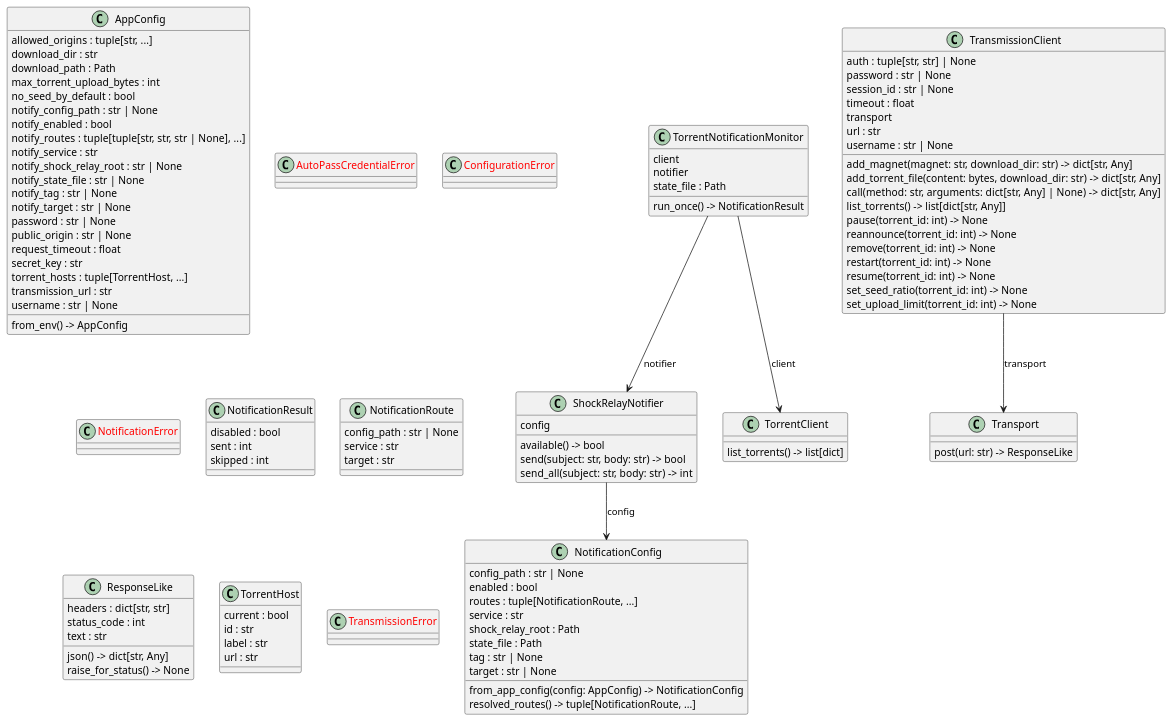
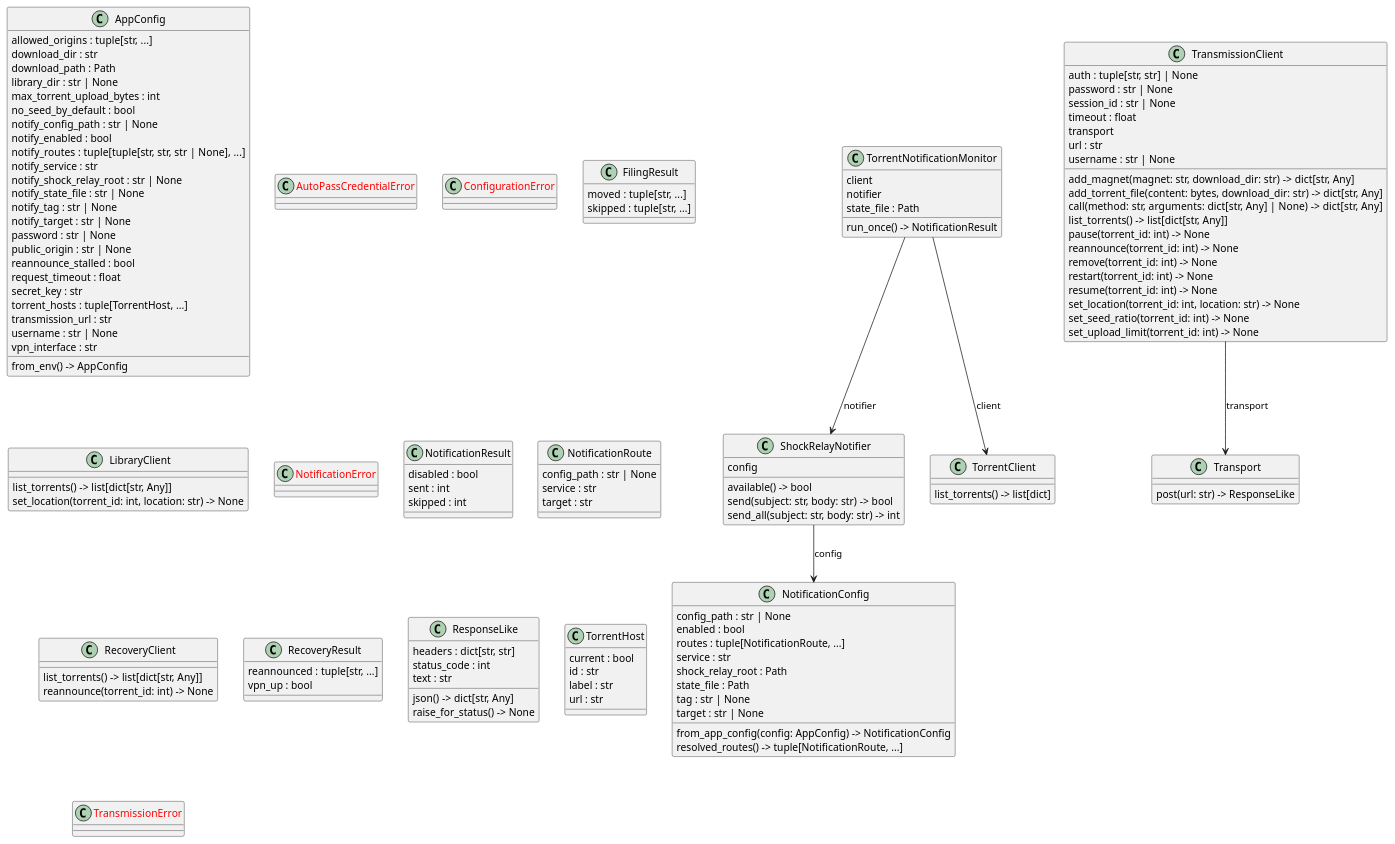
The diagram in docs/diagrams/python-classes.puml (casonk/magneto), drawn with PlantUML before and after one commit. The commit also changed 21 other files, not shown here.

```diff
--- a/docs/diagrams/python-classes.puml
+++ b/docs/diagrams/python-classes.puml
@@ -1,111 +1,131 @@
 @startuml classes_magneto
 set namespaceSeparator none
 class "AppConfig" as src.magneto.config.AppConfig {
   allowed_origins : tuple[str, ...]
   download_dir : str
   download_path : Path
+  library_dir : str | None
   max_torrent_upload_bytes : int
   no_seed_by_default : bool
   notify_config_path : str | None
   notify_enabled : bool
   notify_routes : tuple[tuple[str, str, str | None], ...]
   notify_service : str
   notify_shock_relay_root : str | None
   notify_state_file : str | None
   notify_tag : str | None
   notify_target : str | None
   password : str | None
   public_origin : str | None
+  reannounce_stalled : bool
   request_timeout : float
   secret_key : str
   torrent_hosts : tuple[TorrentHost, ...]
   transmission_url : str
   username : str | None
+  vpn_interface : str
   from_env() -> AppConfig
 }
 class "<color:red>AutoPassCredentialError</color>" as src.magneto.autopass.AutoPassCredentialError {
 }
 class "<color:red>ConfigurationError</color>" as src.magneto.config.ConfigurationError {
+}
+class "FilingResult" as src.magneto.library.FilingResult {
+  moved : tuple[str, ...]
+  skipped : tuple[str, ...]
+}
+class "LibraryClient" as src.magneto.library.LibraryClient {
+  list_torrents() -> list[dict[str, Any]]
+  set_location(torrent_id: int, location: str) -> None
 }
 class "NotificationConfig" as src.magneto.notifications.NotificationConfig {
   config_path : str | None
   enabled : bool
   routes : tuple[NotificationRoute, ...]
   service : str
   shock_relay_root : Path
   state_file : Path
   tag : str | None
   target : str | None
   from_app_config(config: AppConfig) -> NotificationConfig
   resolved_routes() -> tuple[NotificationRoute, ...]
 }
 class "<color:red>NotificationError</color>" as src.magneto.notifications.NotificationError {
 }
 class "NotificationResult" as src.magneto.notifications.NotificationResult {
   disabled : bool
   sent : int
   skipped : int
 }
 class "NotificationRoute" as src.magneto.notifications.NotificationRoute {
   config_path : str | None
   service : str
   target : str
+}
+class "RecoveryClient" as src.magneto.recovery.RecoveryClient {
+  list_torrents() -> list[dict[str, Any]]
+  reannounce(torrent_id: int) -> None
+}
+class "RecoveryResult" as src.magneto.recovery.RecoveryResult {
+  reannounced : tuple[str, ...]
+  vpn_up : bool
 }
 class "ResponseLike" as src.magneto.transmission.ResponseLike {
   headers : dict[str, str]
   status_code : int
   text : str
   json() -> dict[str, Any]
   raise_for_status() -> None
 }
 class "ShockRelayNotifier" as src.magneto.notifications.ShockRelayNotifier {
   config
   available() -> bool
   send(subject: str, body: str) -> bool
   send_all(subject: str, body: str) -> int
 }
 class "TorrentClient" as src.magneto.notifications.TorrentClient {
   list_torrents() -> list[dict]
 }
 class "TorrentHost" as src.magneto.config.TorrentHost {
   current : bool
   id : str
   label : str
   url : str
 }
 class "TorrentNotificationMonitor" as src.magneto.notifications.TorrentNotificationMonitor {
   client
   notifier
   state_file : Path
   run_once() -> NotificationResult
 }
 class "TransmissionClient" as src.magneto.transmission.TransmissionClient {
   auth : tuple[str, str] | None
   password : str | None
   session_id : str | None
   timeout : float
   transport
   url : str
   username : str | None
   add_magnet(magnet: str, download_dir: str) -> dict[str, Any]
   add_torrent_file(content: bytes, download_dir: str) -> dict[str, Any]
   call(method: str, arguments: dict[str, Any] | None) -> dict[str, Any]
   list_torrents() -> list[dict[str, Any]]
   pause(torrent_id: int) -> None
   reannounce(torrent_id: int) -> None
   remove(torrent_id: int) -> None
   restart(torrent_id: int) -> None
   resume(torrent_id: int) -> None
+  set_location(torrent_id: int, location: str) -> None
   set_seed_ratio(torrent_id: int) -> None
   set_upload_limit(torrent_id: int) -> None
 }
 class "<color:red>TransmissionError</color>" as src.magneto.transmission.TransmissionError {
 }
 class "Transport" as src.magneto.transmission.Transport {
   post(url: str) -> ResponseLike
 }
 src.magneto.notifications.ShockRelayNotifier --> src.magneto.notifications.NotificationConfig : config
 src.magneto.notifications.TorrentNotificationMonitor --> src.magneto.notifications.ShockRelayNotifier : notifier
 src.magneto.notifications.TorrentNotificationMonitor --> src.magneto.notifications.TorrentClient : client
 src.magneto.transmission.TransmissionClient --> src.magneto.transmission.Transport : transport
 @enduml
```
